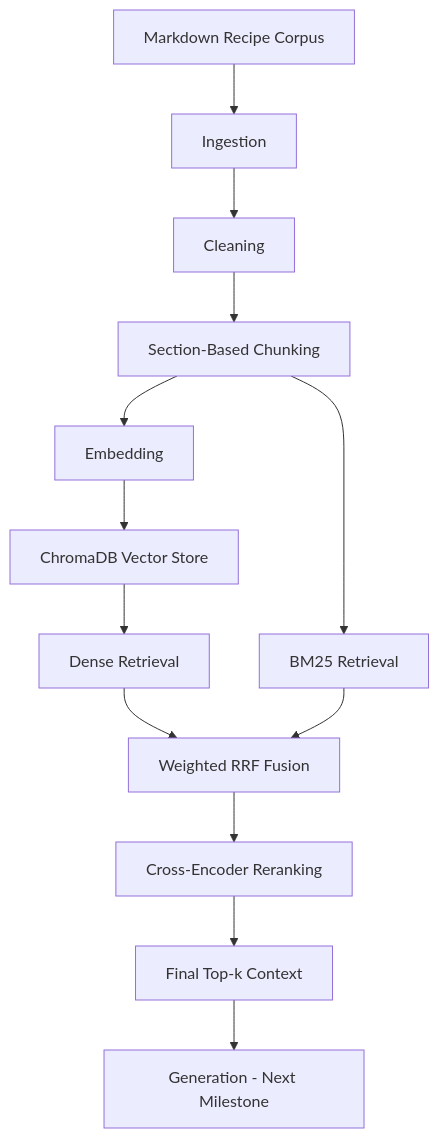
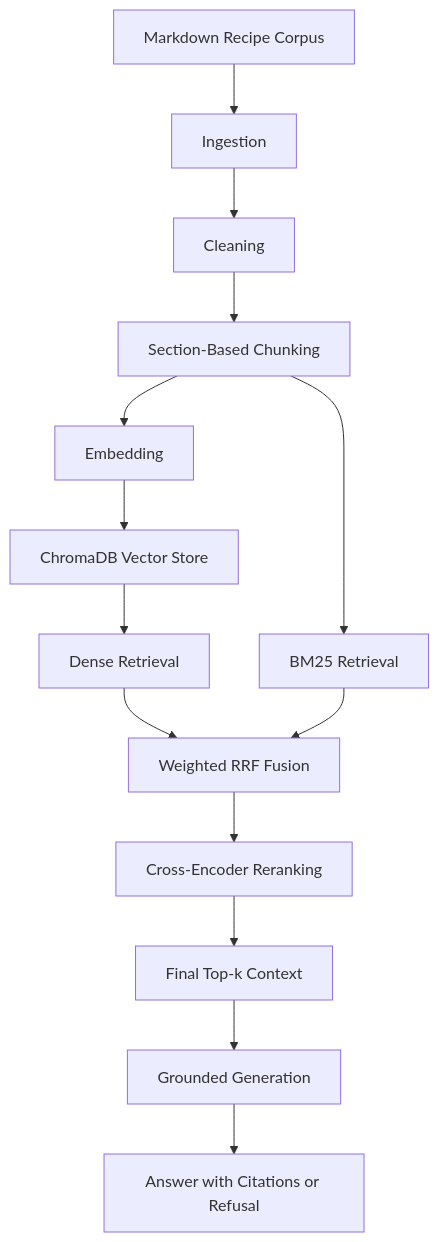
The diagram in README.md (usermangcut-ai/mini-rag-project), drawn with Mermaid before and after one commit. The commit also changed other lines of this file and 7 other files, not shown here.

````diff
--- a/README.md
+++ b/README.md
@@ -17,28 +17,30 @@
 ```mermaid
 flowchart TD
     A[Markdown Recipe Corpus]
     B[Ingestion]
     C[Cleaning]
     D[Section-Based Chunking]
     E[Embedding]
     F[ChromaDB Vector Store]
     G[Dense Retrieval]
     H[BM25 Retrieval]
     I[Weighted RRF Fusion]
     J[Cross-Encoder Reranking]
     K[Final Top-k Context]
-    L[Generation - Next Milestone]
+    L[Grounded Generation]
+    M[Answer with Citations or Refusal]
 
     A --> B
     B --> C
     C --> D
     D --> E
     E --> F
     F --> G
     D --> H
     G --> I
     H --> I
     I --> J
     J --> K
     K --> L
+    L --> M
 ```
````
